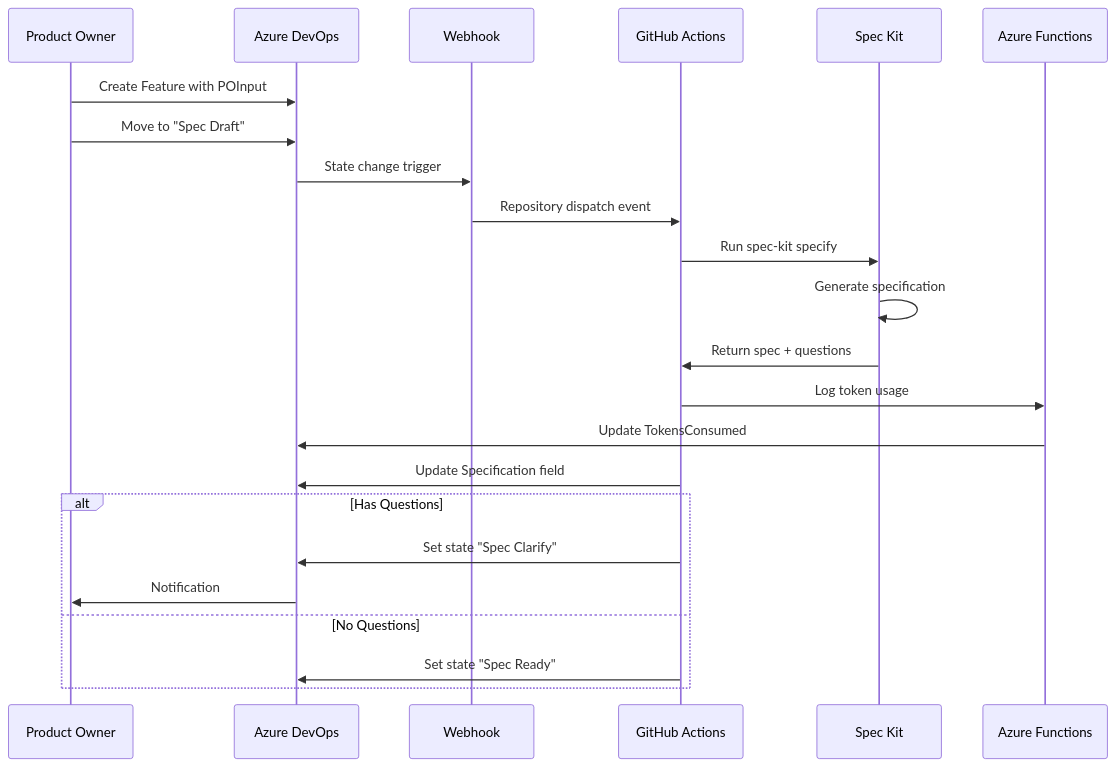
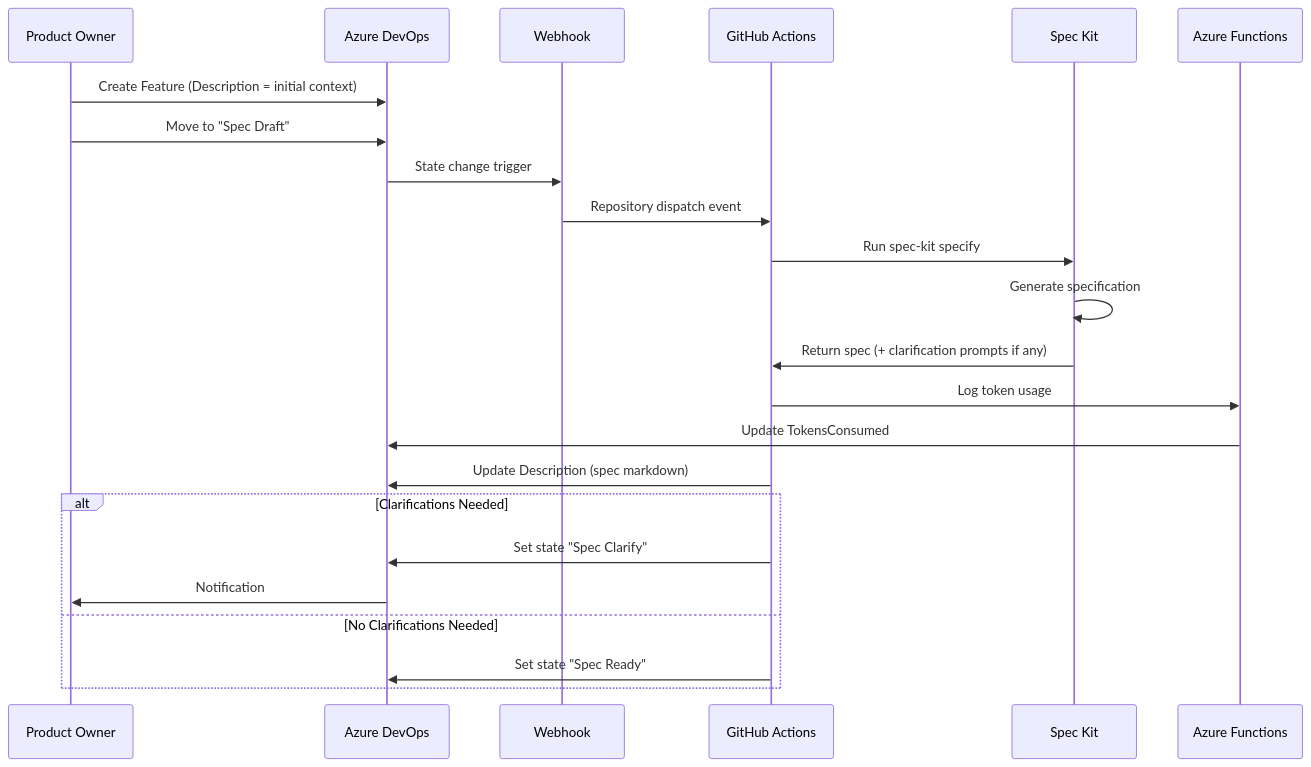
Before and after one commit to agzyamov/ai-native-sdlc: the diagram in docs/diagrams/02-data-flow.md, drawn with Mermaid. The commit also changed 31 other files, not shown here.

First line of the commit message:
chore: archive Copilot workflows, remove generated artifacts, and simplify docs/diagrams

```diff
--- a/docs/diagrams/02-data-flow.md
+++ b/docs/diagrams/02-data-flow.md
@@ -3,26 +3,26 @@
 ::: mermaid
 sequenceDiagram
     participant PO as Product Owner
     participant ADO as Azure DevOps
     participant WH as Webhook
     participant GHA as GitHub Actions
     participant SK as Spec Kit
     participant AF as Azure Functions
     
-    PO->>ADO: Create Feature with POInput
+    PO->>ADO: Create Feature (Description = initial context)
     PO->>ADO: Move to "Spec Draft"
     ADO->>WH: State change trigger
     WH->>GHA: Repository dispatch event
     GHA->>SK: Run spec-kit specify
     SK->>SK: Generate specification
-    SK->>GHA: Return spec + questions
+    SK->>GHA: Return spec (+ clarification prompts if any)
     GHA->>AF: Log token usage
     AF->>ADO: Update TokensConsumed
-    GHA->>ADO: Update Specification field
-    alt Has Questions
+    GHA->>ADO: Update Description (spec markdown)
+    alt Clarifications Needed
         GHA->>ADO: Set state "Spec Clarify"
         ADO->>PO: Notification
-    else No Questions
+    else No Clarifications Needed
         GHA->>ADO: Set state "Spec Ready"
     end
 :::
```
